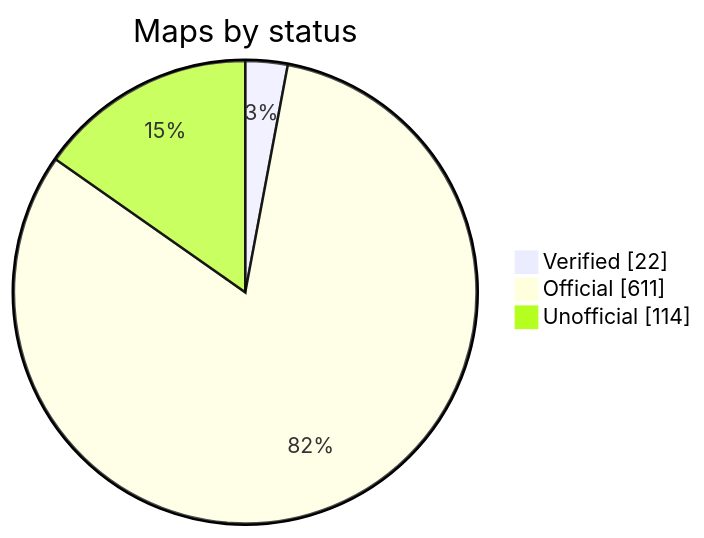
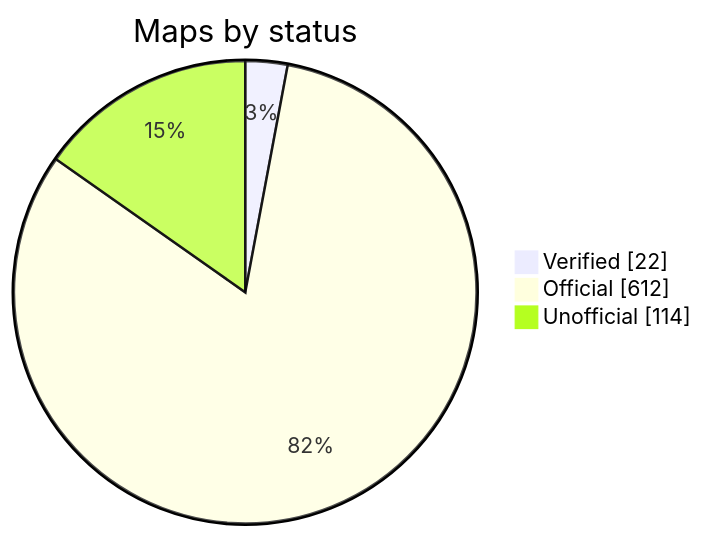
One commit to nobrega8/mbmap-library changed the diagram in README.md. Above: the diagram before and after it, drawn with Mermaid. The commit also changed 6 other files, not shown here.

````diff
--- a/README.md
+++ b/README.md
@@ -52,7 +52,7 @@
 ```mermaid
 pie showData
     title Maps by status
     "Verified" : 22
-    "Official" : 611
+    "Official" : 612
     "Unofficial" : 114
 ```
````
